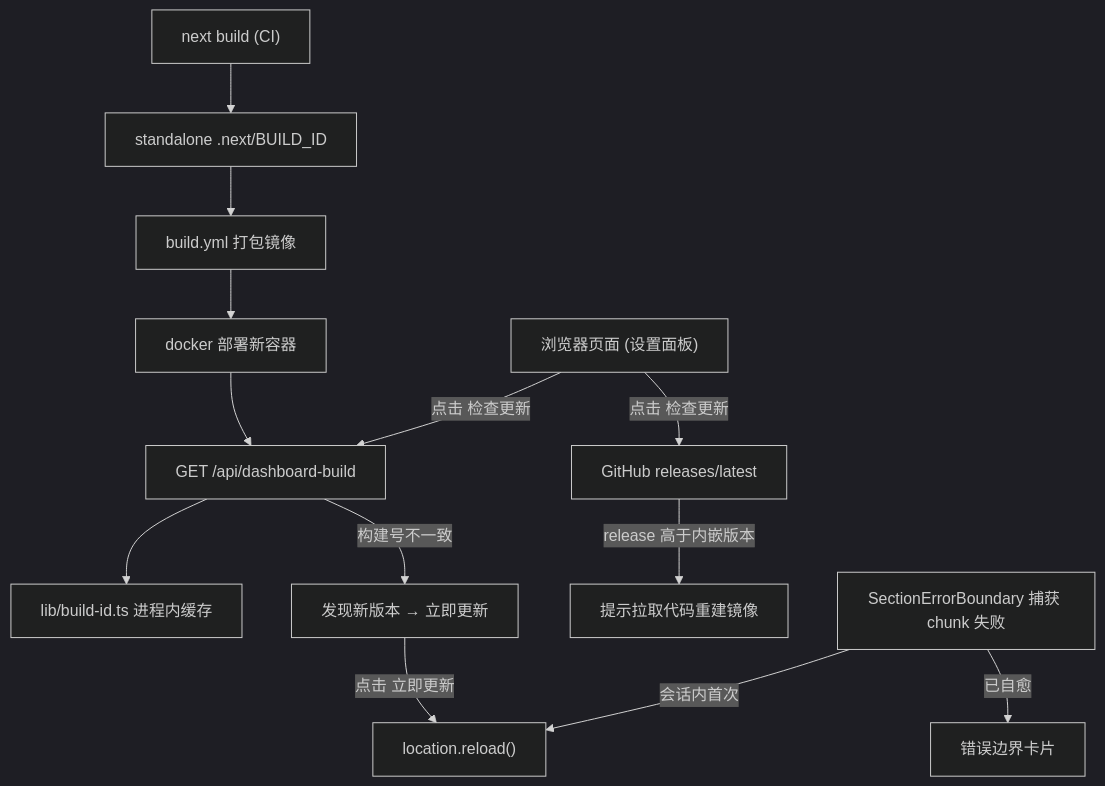
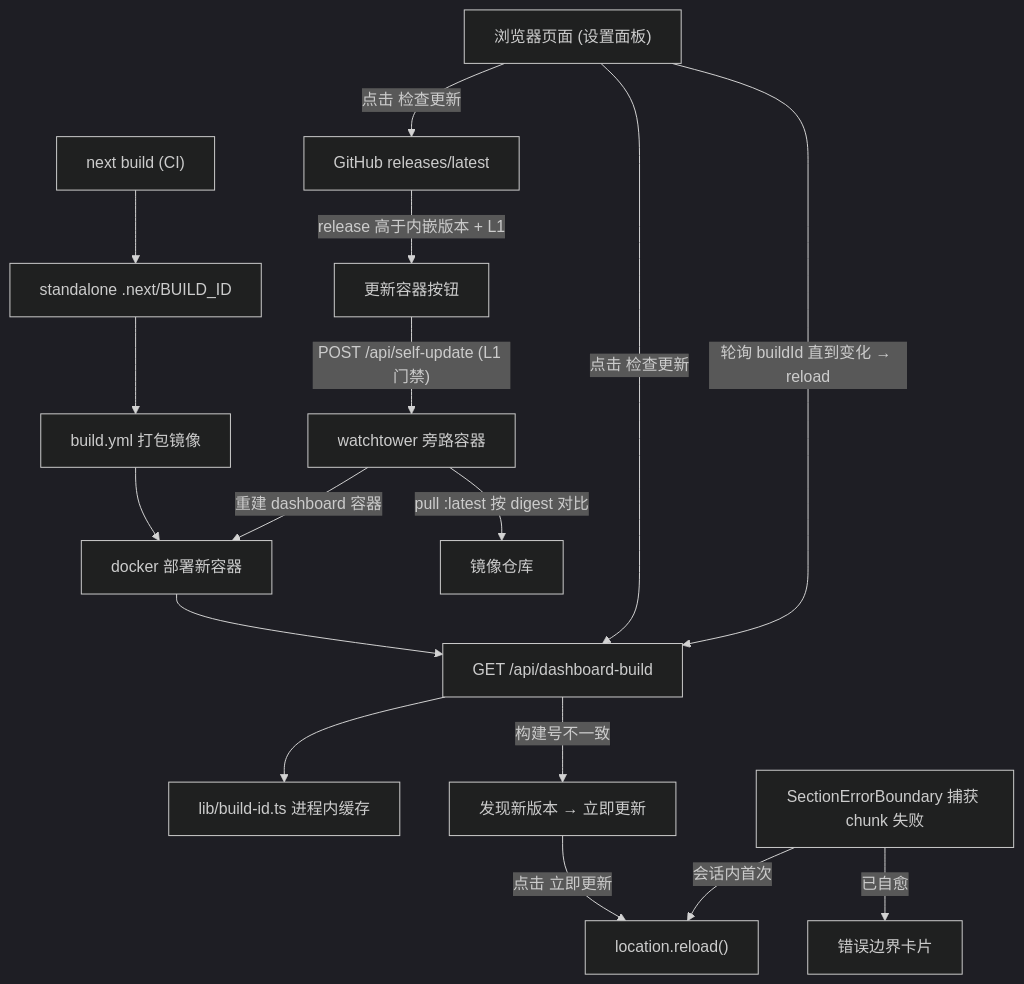
Before and after one commit to agentteams-group/agentteams-dashboard: the second of 2 diagrams in .monkeycode/specs/hot-update-nav-fix/design.md, drawn with Mermaid (dark theme). The commit also changed other lines of this file and 7 other files, not shown here.

First line of the commit message:
feat(dashboard): container self-update via watchtower sidecar

````diff
--- a/.monkeycode/specs/hot-update-nav-fix/design.md
+++ b/.monkeycode/specs/hot-update-nav-fix/design.md
@@ -34,15 +34,19 @@
 ```mermaid
 graph TD
     A["next build (CI)"] --> B["standalone .next/BUILD_ID"]
     B --> C["build.yml 打包镜像"]
     C --> D["docker 部署新容器"]
     D --> E["GET /api/dashboard-build"]
     E --> F["lib/build-id.ts 进程内缓存"]
     P["浏览器页面 (设置面板)"] -->|"点击 检查更新"| E
     P -->|"点击 检查更新"| G["GitHub releases/latest"]
     E -->|"构建号不一致"| H["发现新版本 → 立即更新"]
-    G -->|"release 高于内嵌版本"| I["提示拉取代码重建镜像"]
+    G -->|"release 高于内嵌版本 + L1"| I["更新容器按钮"]
+    I -->|"POST /api/self-update (L1 门禁)"| W["watchtower 旁路容器"]
+    W -->|"pull :latest 按 digest 对比"| K["镜像仓库"]
+    W -->|"重建 dashboard 容器"| D
     H -->|"点击 立即更新"| J["location.reload()"]
-    K["SectionErrorBoundary 捕获 chunk 失败"] -->|"会话内首次"| J
-    K -->|"已自愈"| L["错误边界卡片"]
+    P -->|"轮询 buildId 直到变化 → reload"| E
+    L["SectionErrorBoundary 捕获 chunk 失败"] -->|"会话内首次"| J
+    L -->|"已自愈"| M["错误边界卡片"]
 ```
````
